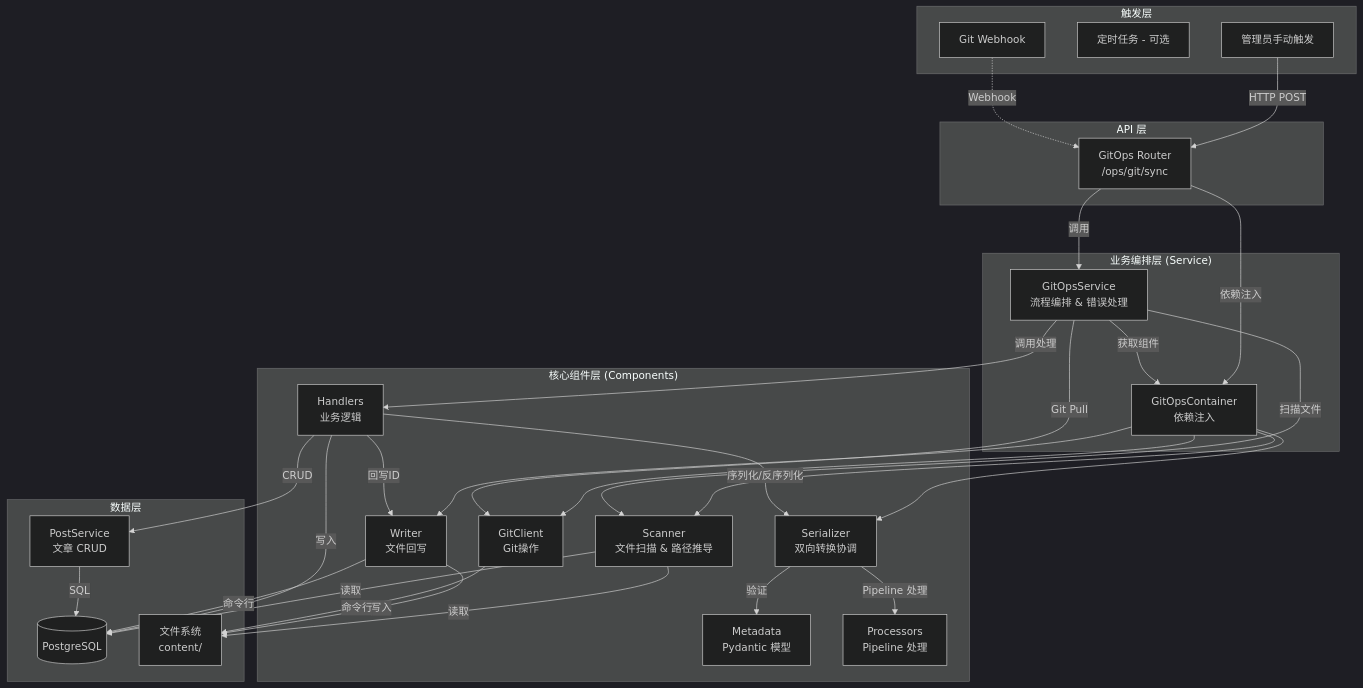
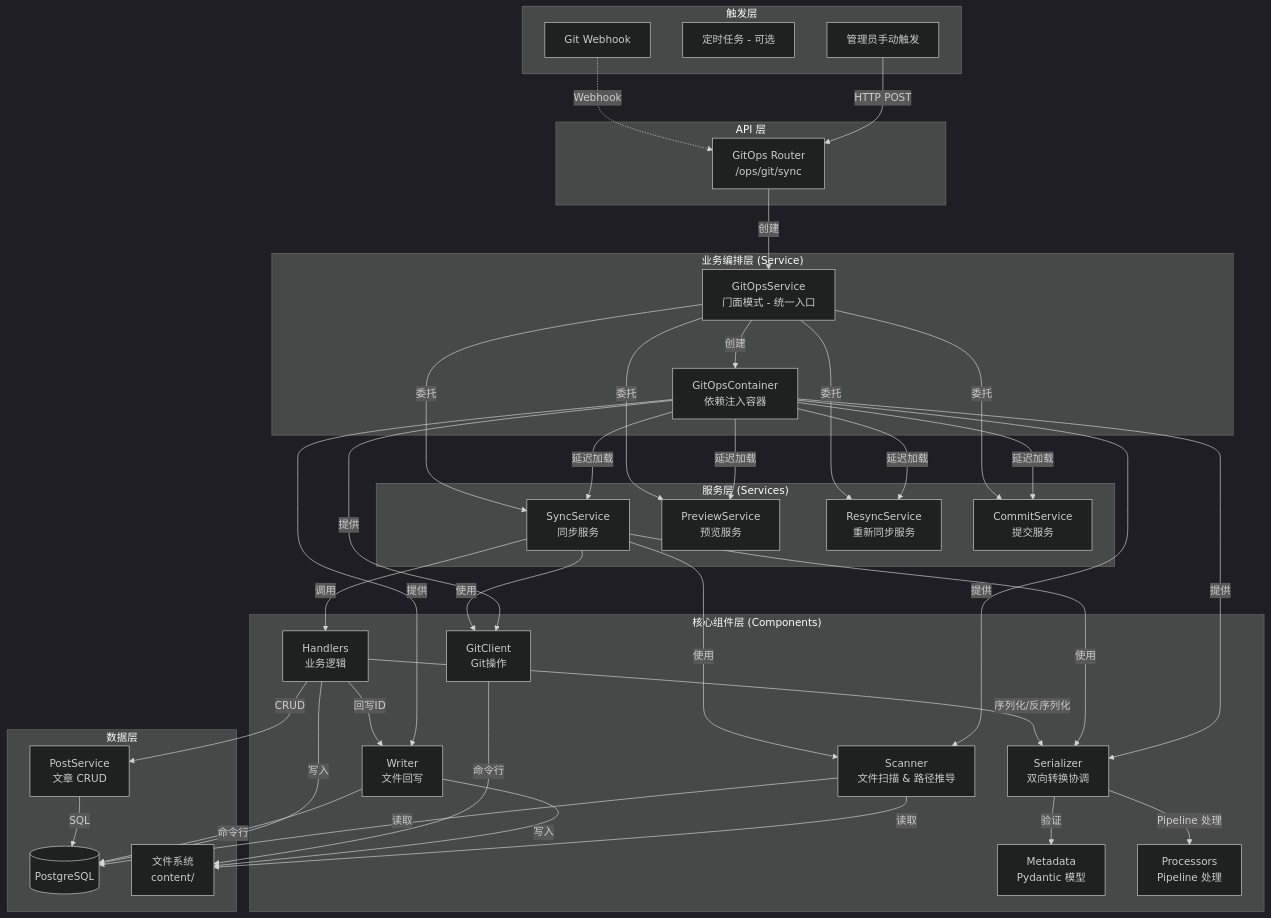
The diagram in backend/app/git_ops/ARCHITECTURE.md (sumanin5/blog_fr), drawn with Mermaid (dark theme) before and after one commit. The commit also changed other lines of this file and 118 other files, not shown here.

````diff
--- a/backend/app/git_ops/ARCHITECTURE.md
+++ b/backend/app/git_ops/ARCHITECTURE.md
@@ -7,63 +7,79 @@
 ```mermaid
 graph TB
     subgraph "触发层"
         A1[管理员手动触发]
         A2[定时任务 - 可选]
         A3[Git Webhook]
     end
 
     subgraph "API 层"
         B[GitOps Router<br>/ops/git/sync]
     end
 
     subgraph "业务编排层 (Service)"
-        C[GitOpsService<br>流程编排 & 错误处理]
-        Container[GitOpsContainer<br>依赖注入]
+        C[GitOpsService<br>门面模式 - 统一入口]
+        Container[GitOpsContainer<br>依赖注入容器]
+    end
+
+    subgraph "服务层 (Services)"
+        S1[SyncService<br>同步服务]
+        S2[PreviewService<br>预览服务]
+        S3[ResyncService<br>重新同步服务]
+        S4[CommitService<br>提交服务]
     end
 
     subgraph "核心组件层 (Components)"
         D[Scanner<br>文件扫描 & 路径推导]
         E[Metadata<br>Pydantic 模型]
         F[Serializer<br>双向转换协调]
         G[Processors<br>Pipeline 处理]
         H[Handlers<br>业务逻辑]
         I[Writer<br>文件回写]
         J[GitClient<br>Git操作]
     end
 
     subgraph "数据层"
         K[PostService<br>文章 CRUD]
         L[(PostgreSQL)]
         M[文件系统<br>content/]
     end
 
     A1 -->|HTTP POST| B
     A3 -.->|Webhook| B
 
-    B -->|依赖注入| Container
-    B -->|调用| C
+    B -->|创建| C
+    C -->|创建| Container
+    Container -->|延迟加载| S1
+    Container -->|延迟加载| S2
+    Container -->|延迟加载| S3
+    Container -->|延迟加载| S4
 
-    C -->|获取组件| Container
-    Container --> D
-    Container --> F
-    Container --> I
-    Container --> J
+    C -->|委托| S1
+    C -->|委托| S2
+    C -->|委托| S3
+    C -->|委托| S4
 
-    C -->|Git Pull| J
-    C -->|扫描文件| D
-    C -->|调用处理| H
+    Container -->|提供| D
+    Container -->|提供| F
+    Container -->|提供| I
+    Container -->|提供| J
+
+    S1 -->|使用| D
+    S1 -->|使用| F
+    S1 -->|使用| J
+    S1 -->|调用| H
 
     H -->|序列化/反序列化| F
     F -->|验证| E
     F -->|Pipeline 处理| G
     H -->|CRUD| K
     H -->|回写ID| I
 
     K -->|SQL| L
     D -->|读取| M
     I -->|写入| M
     J -->|命令行| M
     D -->|读取| L
     H -->|写入| L
     I -->|命令行| L
 ```
````
